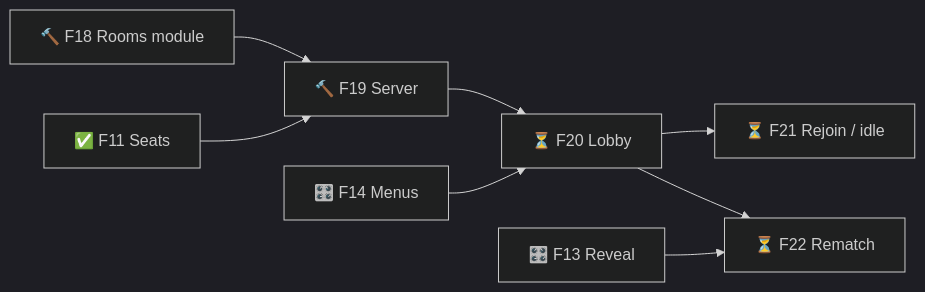
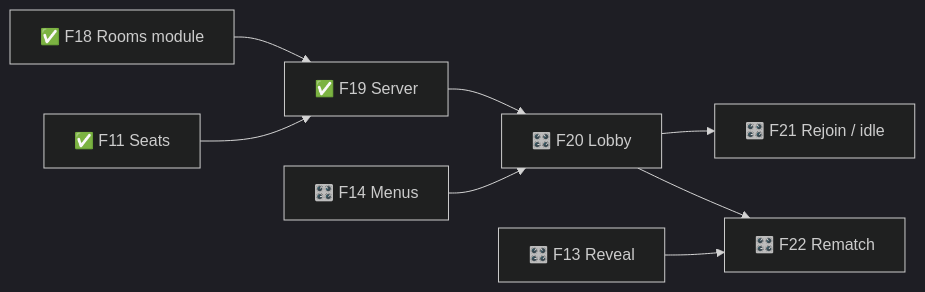
One commit to TheBlueMuzzy/Glyphtender changed the fourth of 4 diagrams in .planning/ROADMAP.md. Above: the diagram before and after it, drawn with Mermaid (dark theme). The commit also changed other lines of this file and 1 other file, not shown here.

Commit message:
Sprint 05 done — online play on a local server (rooms module, secure server, lobby, rejoin, rematch); alpha feature-complete, waiting on Muzzy

````diff
--- a/.planning/ROADMAP.md
+++ b/.planning/ROADMAP.md
@@ -81,10 +81,10 @@
 ```mermaid
 flowchart LR
-  F18[🔨 F18 Rooms module] --> F19[🔨 F19 Server]
+  F18[✅ F18 Rooms module] --> F19[✅ F19 Server]
   F11[✅ F11 Seats] --> F19
-  F19 --> F20[⏳ F20 Lobby]
+  F19 --> F20[🎛️ F20 Lobby]
   F14[🎛️ F14 Menus] --> F20
-  F20 --> F21[⏳ F21 Rejoin / idle]
-  F20 --> F22[⏳ F22 Rematch]
+  F20 --> F21[🎛️ F21 Rejoin / idle]
+  F20 --> F22[🎛️ F22 Rematch]
   F13[🎛️ F13 Reveal] --> F22
 ```
````
